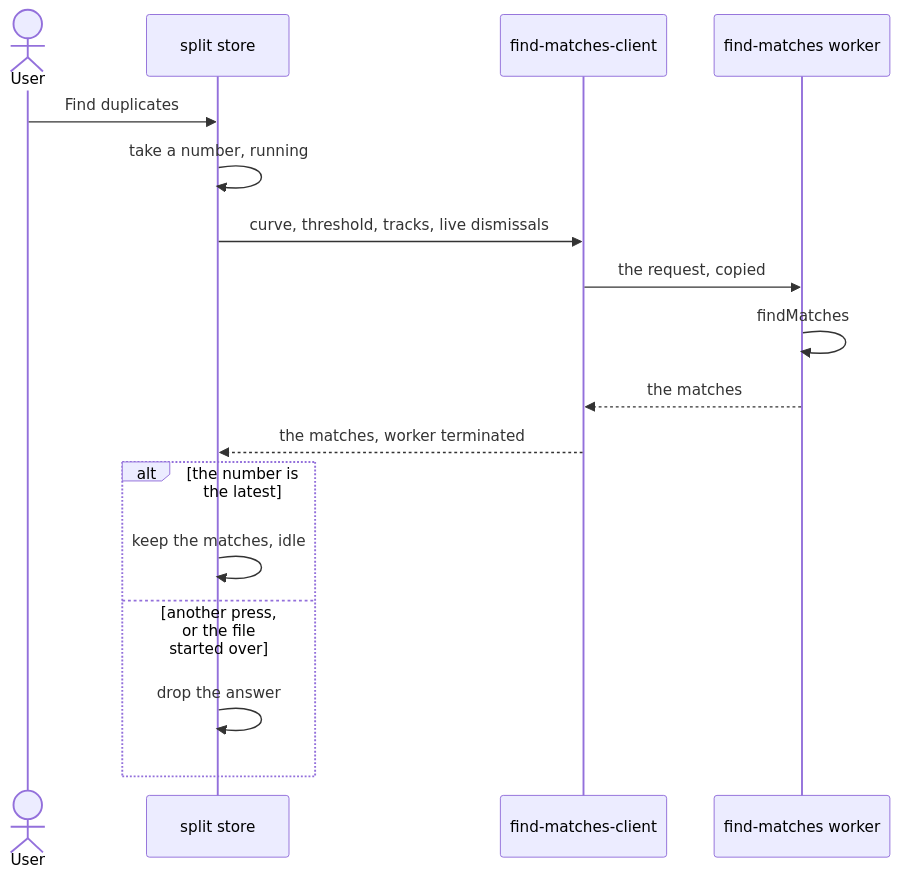
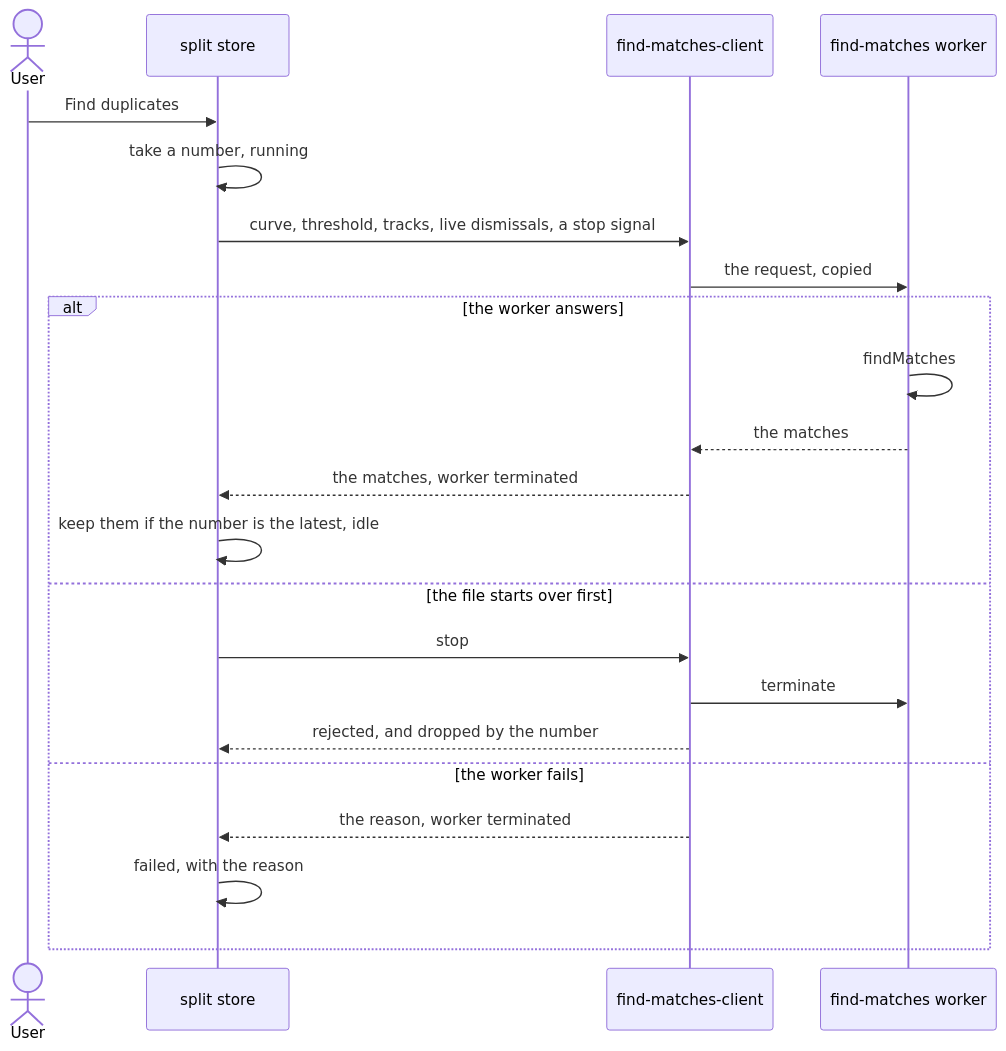
The seventh of 11 diagrams in docs/architecture.md (suleymanyaryev/audio-splitter), drawn with Mermaid before and after one commit. The commit also changed other lines of this file and 22 other files, not shown here.

First line of the commit message:
fix(split): Find duplicates says when it fails, and stops its worker

````diff
--- a/docs/architecture.md
+++ b/docs/architecture.md
@@ -205,20 +205,25 @@
 ```mermaid
 sequenceDiagram
   actor User
   participant store as split store
   participant client as find-matches-client
   participant worker as find-matches worker
 
   User->>store: Find duplicates
   store->>store: take a number, running
-  store->>client: curve, threshold, tracks, live dismissals
+  store->>client: curve, threshold, tracks, live dismissals, a stop signal
   client->>worker: the request, copied
-  worker->>worker: findMatches
-  worker-->>client: the matches
-  client-->>store: the matches, worker terminated
-  alt the number is the latest
-    store->>store: keep the matches, idle
-  else another press, or the file started over
-    store->>store: drop the answer
+  alt the worker answers
+    worker->>worker: findMatches
+    worker-->>client: the matches
+    client-->>store: the matches, worker terminated
+    store->>store: keep them if the number is the latest, idle
+  else the file starts over first
+    store->>client: stop
+    client->>worker: terminate
+    client-->>store: rejected, and dropped by the number
+  else the worker fails
+    client-->>store: the reason, worker terminated
+    store->>store: failed, with the reason
   end
 ```
````
